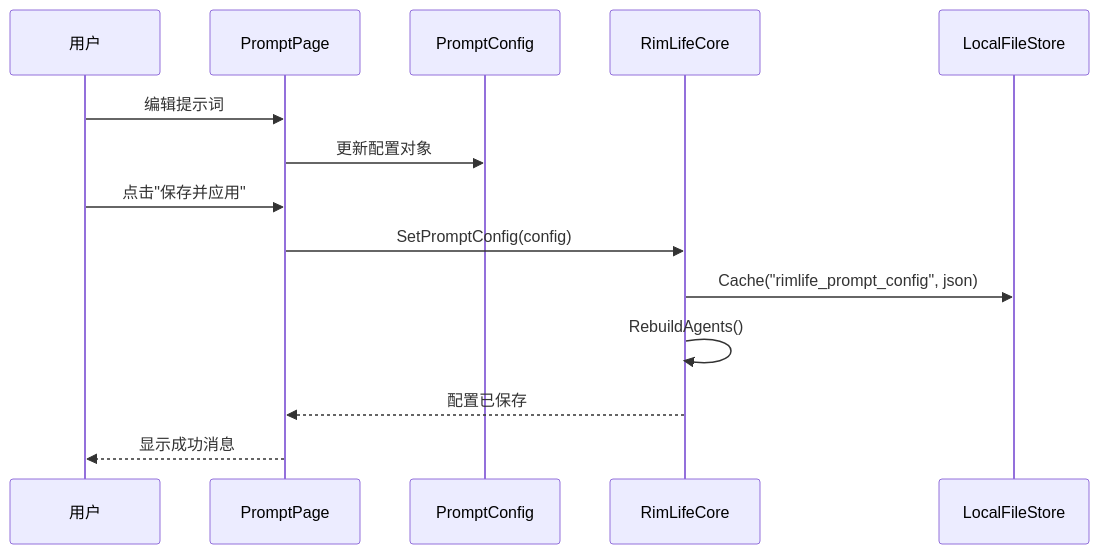
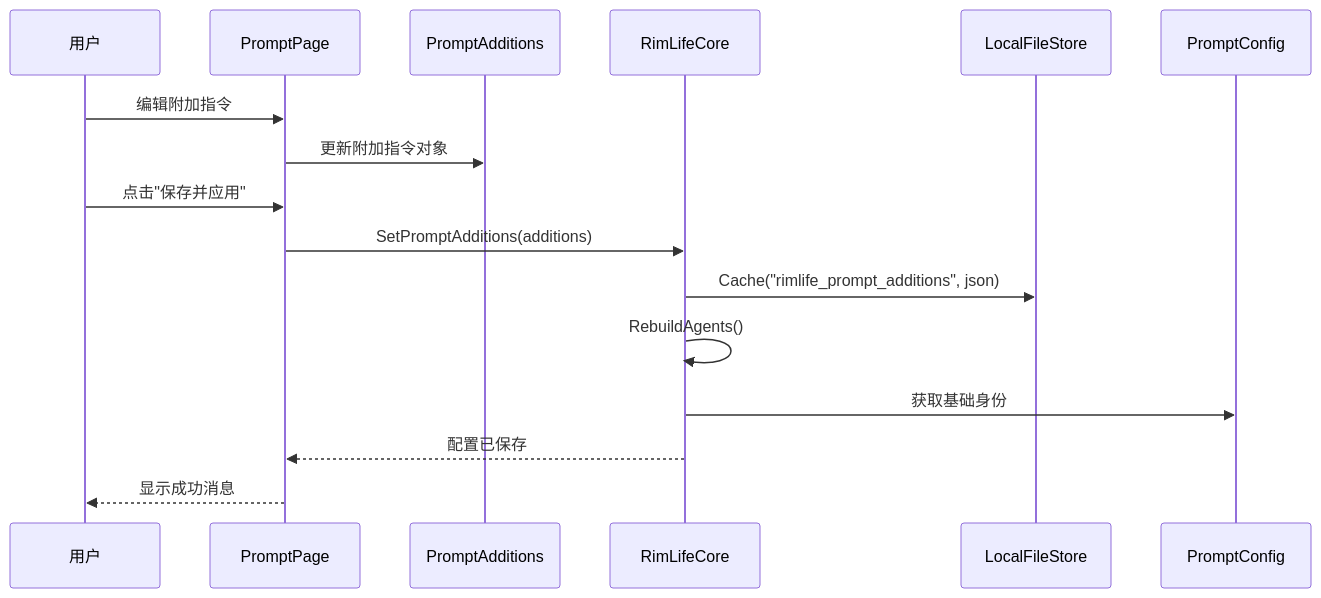
Before and after one commit to suzvka/RimLife: the second of 7 diagrams in .qoder/repowiki/zh/content/用户界面系统/提示词配置页面.md, drawn with Mermaid. The commit also changed other lines of this file and 32 other files, not shown here.

````diff
--- a/.qoder/repowiki/zh/content/用户界面系统/提示词配置页面.md
+++ b/.qoder/repowiki/zh/content/用户界面系统/提示词配置页面.md
@@ -92,16 +105,18 @@
 ```mermaid
 sequenceDiagram
 participant User as 用户
 participant UI as PromptPage
-participant Config as PromptConfig
+participant Additions as PromptAdditions
 participant Core as RimLifeCore
 participant Store as LocalFileStore
-User->>UI : 编辑提示词
-UI->>Config : 更新配置对象
+participant Base as PromptConfig
+User->>UI : 编辑附加指令
+UI->>Additions : 更新附加指令对象
 User->>UI : 点击"保存并应用"
-UI->>Core : SetPromptConfig(config)
-Core->>Store : Cache("rimlife_prompt_config", json)
+UI->>Core : SetPromptAdditions(additions)
+Core->>Store : Cache("rimlife_prompt_additions", json)
 Core->>Core : RebuildAgents()
+Core->>Base : 获取基础身份
 Core-->>UI : 配置已保存
 UI-->>User : 显示成功消息
 ```
````
